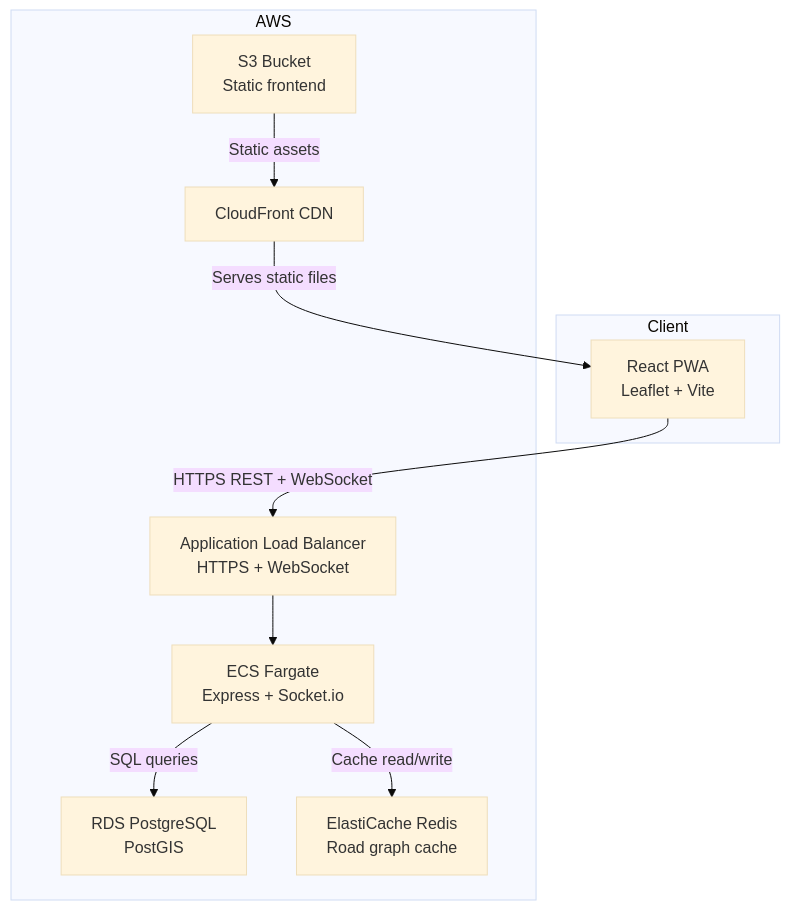
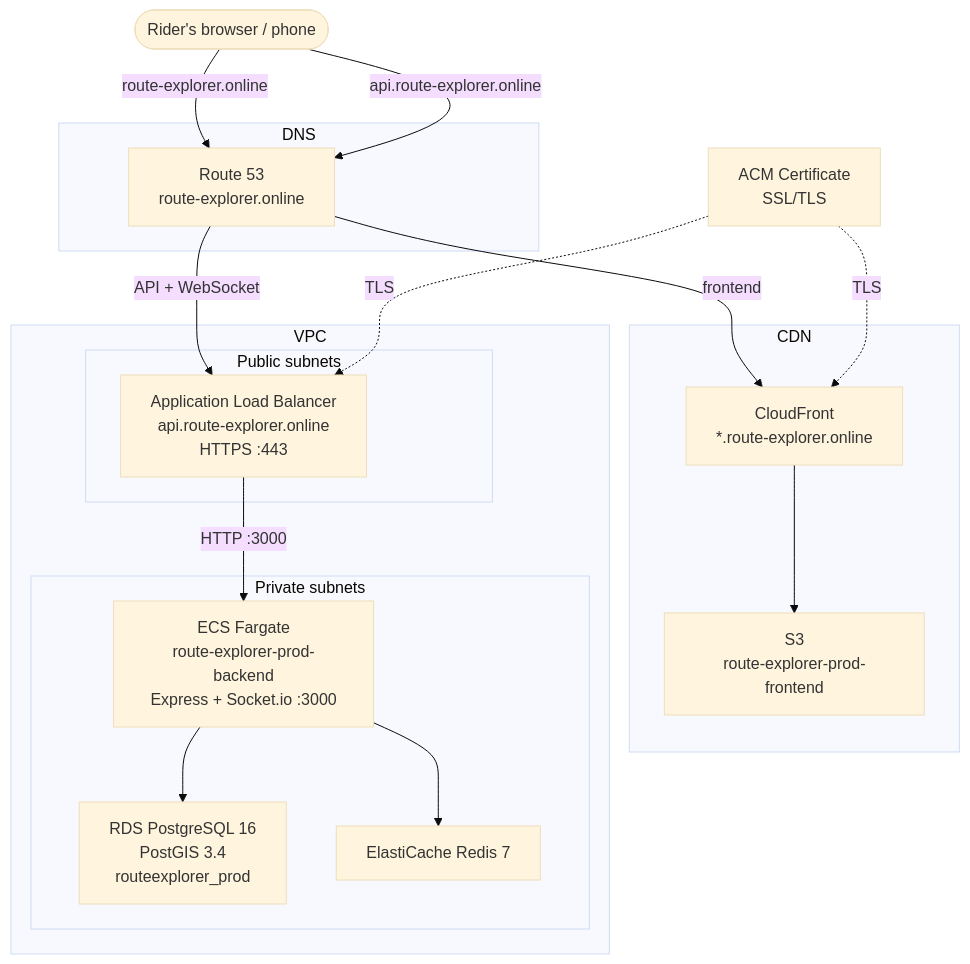
The diagram in docs/Architecture/architecture.md (sahithnulu/route-explorer), drawn with Mermaid (base theme) before and after one commit. The commit also changed other lines of this file and 2 other files, not shown here.

Commit message:
Updated architecture docs

````diff
--- a/docs/Architecture/architecture.md
+++ b/docs/Architecture/architecture.md
@@ -3,22 +3,38 @@
 ```mermaid
 graph TB
-    subgraph Client
-        PWA[React PWA<br/>Leaflet + Vite]
+    User([Rider's browser / phone])
+
+    subgraph DNS
+        R53[Route 53<br/>route-explorer.online]
     end
 
-    subgraph AWS
-        CF[CloudFront CDN]
-        S3[S3 Bucket<br/>Static frontend]
-        ALB[Application Load Balancer<br/>HTTPS + WebSocket]
-        ECS[ECS Fargate<br/>Express + Socket.io]
-        RDS[RDS PostgreSQL<br/>PostGIS]
-        EC[ElastiCache Redis<br/>Road graph cache]
+    subgraph CDN
+        CF[CloudFront<br/>*.route-explorer.online]
+        S3[S3<br/>route-explorer-prod-frontend]
     end
 
-    PWA -->|HTTPS REST + WebSocket| ALB
-    CF -->|Serves static files| PWA
-    S3 -->|Static assets| CF
-    ALB --> ECS
-    ECS -->|SQL queries| RDS
-    ECS -->|Cache read/write| EC
+    subgraph VPC
+        subgraph Public subnets
+            ALB[Application Load Balancer<br/>api.route-explorer.online<br/>HTTPS :443]
+        end
+
+        subgraph Private subnets
+            ECS[ECS Fargate<br/>route-explorer-prod-backend<br/>Express + Socket.io :3000]
+            RDS[RDS PostgreSQL 16<br/>PostGIS 3.4<br/>routeexplorer_prod]
+            EC[ElastiCache Redis 7]
+        end
+    end
+
+    ACM[ACM Certificate<br/>SSL/TLS]
+
+    User -->|route-explorer.online| R53
+    User -->|api.route-explorer.online| R53
+    R53 -->|frontend| CF
+    R53 -->|API + WebSocket| ALB
+    CF --> S3
+    ALB -->|HTTP :3000| ECS
+    ACM -.->|TLS| CF
+    ACM -.->|TLS| ALB
+    ECS --> RDS
+    ECS --> EC
 ```
````
